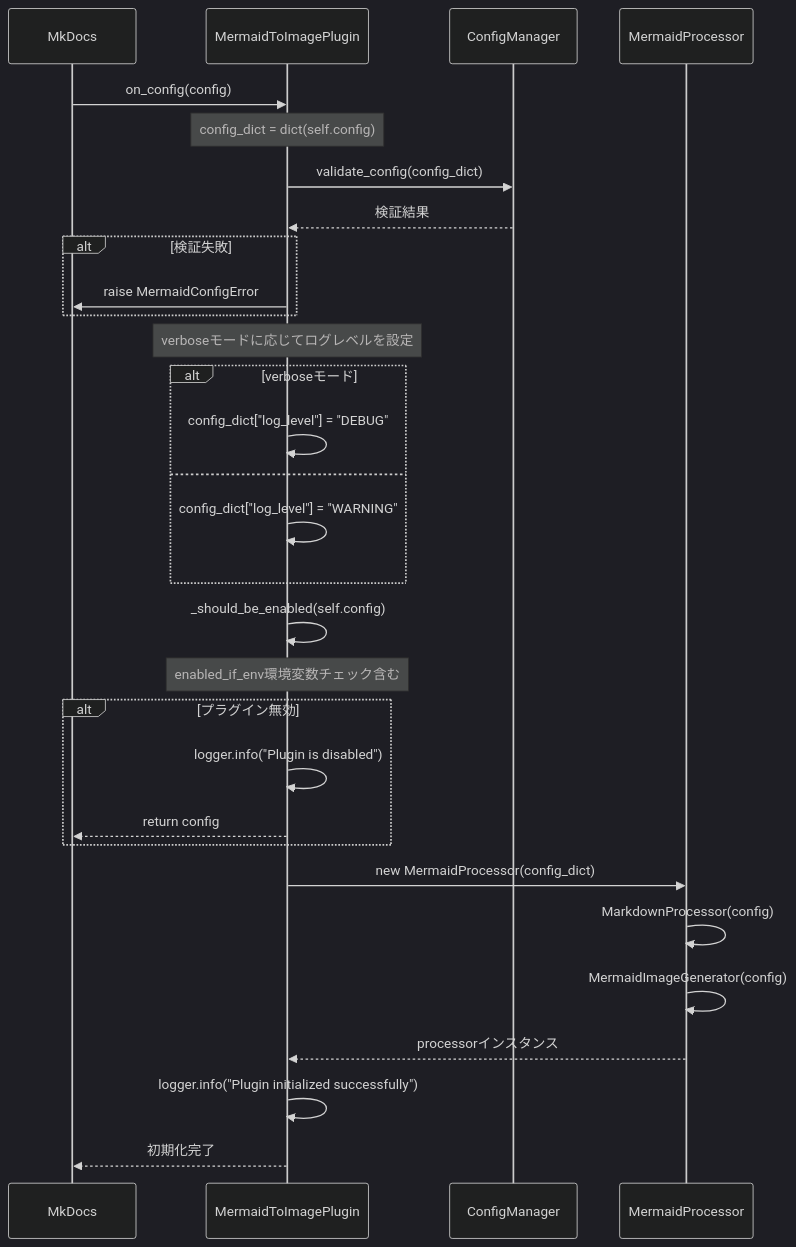
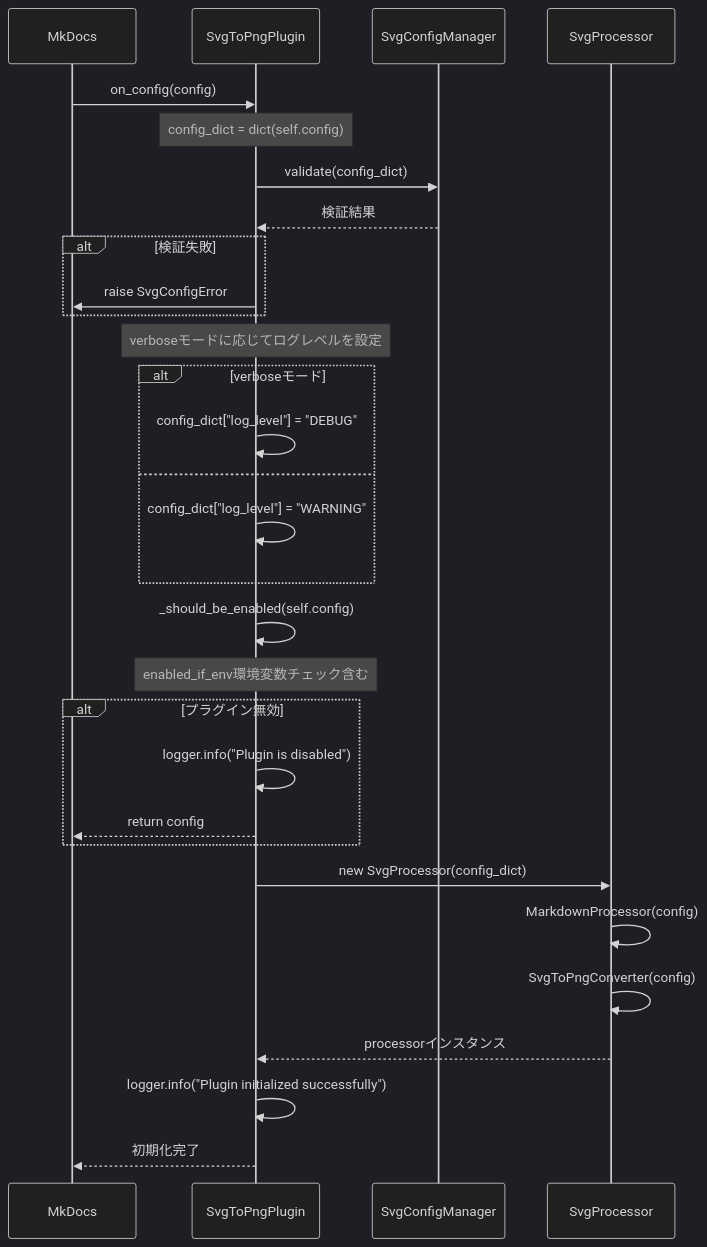
Before and after one commit to nuitsjp/mkdocs-svg-to-png: the third of 7 diagrams in docs/architecture.md, drawn with Mermaid (dark theme). The commit also changed other lines of this file and 34 other files, not shown here.

First line of the commit message:
refactor: SVG to PNG変換機能の完全実装とMermaidからの移行完了

````diff
--- a/docs/architecture.md
+++ b/docs/architecture.md
@@ -168,38 +162,38 @@
 ```mermaid
 sequenceDiagram
     participant MkDocs
-    participant Plugin as MermaidToImagePlugin
-    participant CfgMgr as ConfigManager
-    participant Proc as MermaidProcessor
+    participant Plugin as SvgToPngPlugin
+    participant CfgMgr as SvgConfigManager
+    participant Proc as SvgProcessor
 
     MkDocs->>Plugin: on_config(config)
 
     Note over Plugin: config_dict = dict(self.config)
-    Plugin->>CfgMgr: validate_config(config_dict)
+    Plugin->>CfgMgr: validate(config_dict)
     CfgMgr-->>Plugin: 検証結果
     alt 検証失敗
-        Plugin->>MkDocs: raise MermaidConfigError
+        Plugin->>MkDocs: raise SvgConfigError
     end
 
     Note over Plugin: verboseモードに応じてログレベルを設定
     alt verboseモード
         Plugin->>Plugin: config_dict["log_level"] = "DEBUG"
     else
         Plugin->>Plugin: config_dict["log_level"] = "WARNING"
     end
 
     Plugin->>Plugin: _should_be_enabled(self.config)
     Note over Plugin: enabled_if_env環境変数チェック含む
     alt プラグイン無効
         Plugin->>Plugin: logger.info("Plugin is disabled")
         Plugin-->>MkDocs: return config
     end
 
-    Plugin->>Proc: new MermaidProcessor(config_dict)
+    Plugin->>Proc: new SvgProcessor(config_dict)
     Proc->>Proc: MarkdownProcessor(config)
-    Proc->>Proc: MermaidImageGenerator(config)
+    Proc->>Proc: SvgToPngConverter(config)
     Proc-->>Plugin: processorインスタンス
 
     Plugin->>Plugin: logger.info("Plugin initialized successfully")
     Plugin-->>MkDocs: 初期化完了
 ```
````
